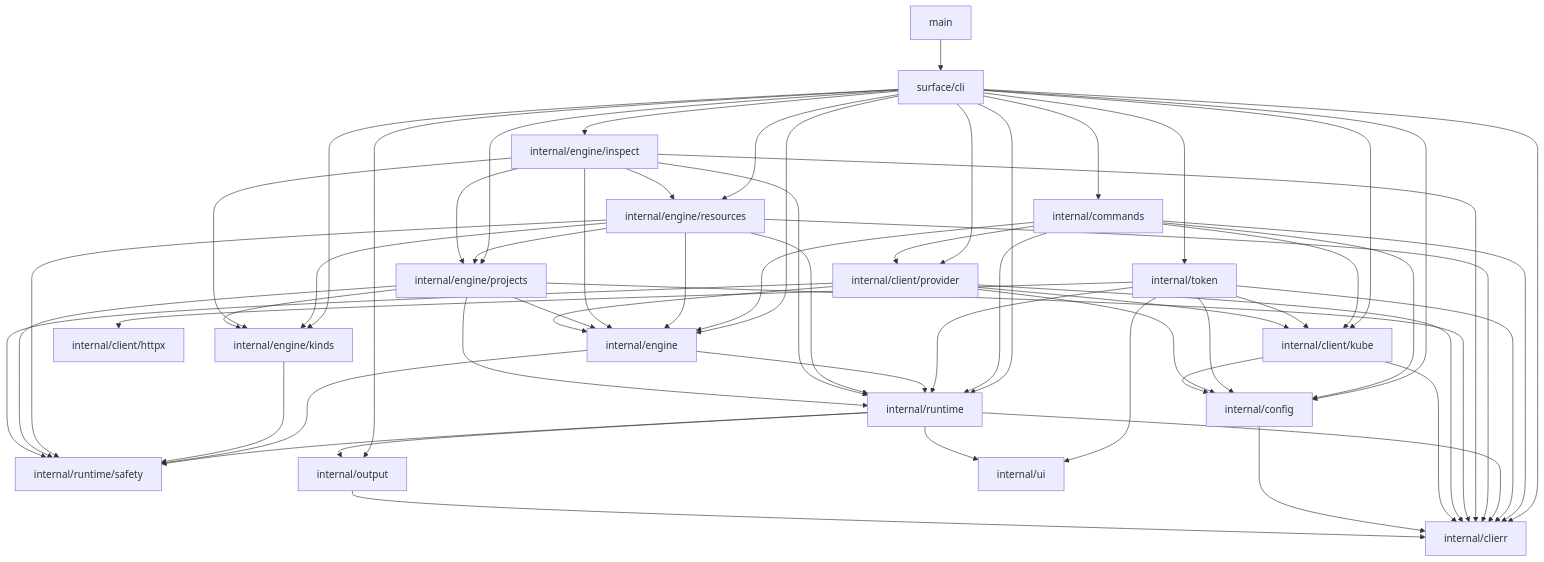
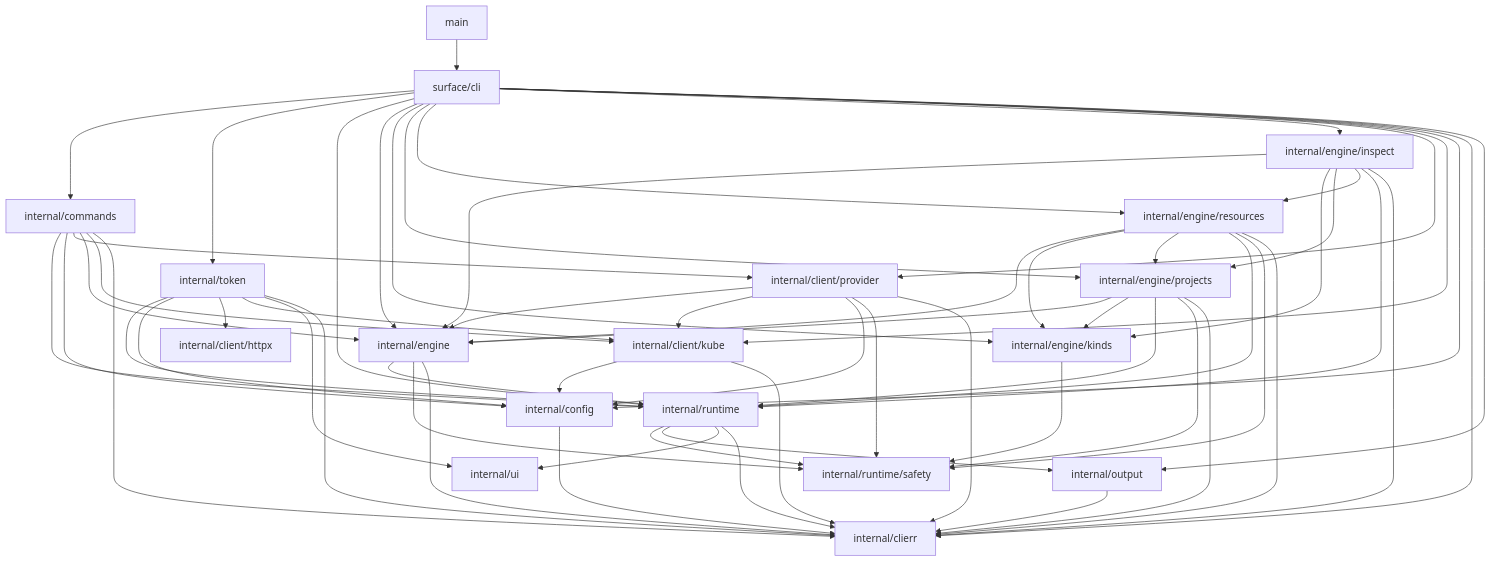
The diagram in ARCHITECTURE.md (rancher/rancher-cli), drawn with Mermaid before and after one commit. The commit also changed other lines of this file and 17 other files, not shown here.

```diff
--- a/ARCHITECTURE.md
+++ b/ARCHITECTURE.md
@@ -122,6 +122,7 @@
 
     engine --> runtime
     engine --> safety
+    engine --> clierr
 
     kinds --> safety
 
```
